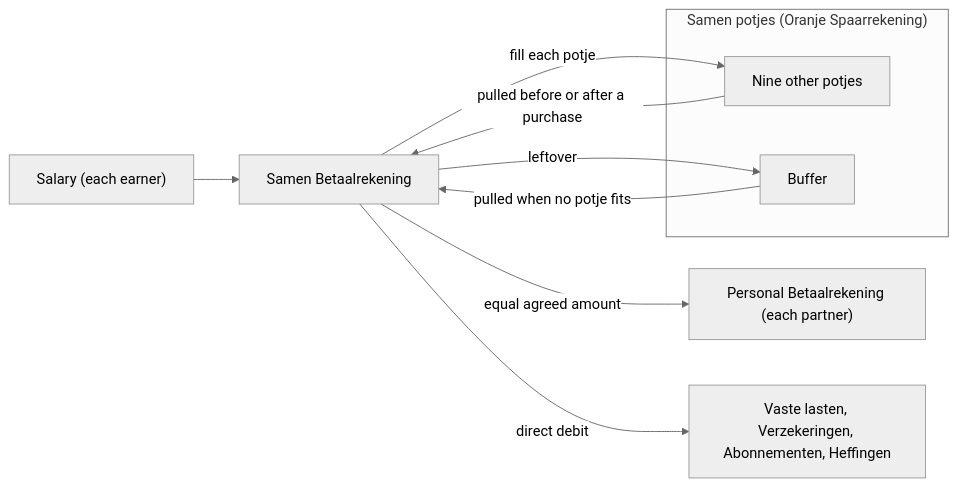
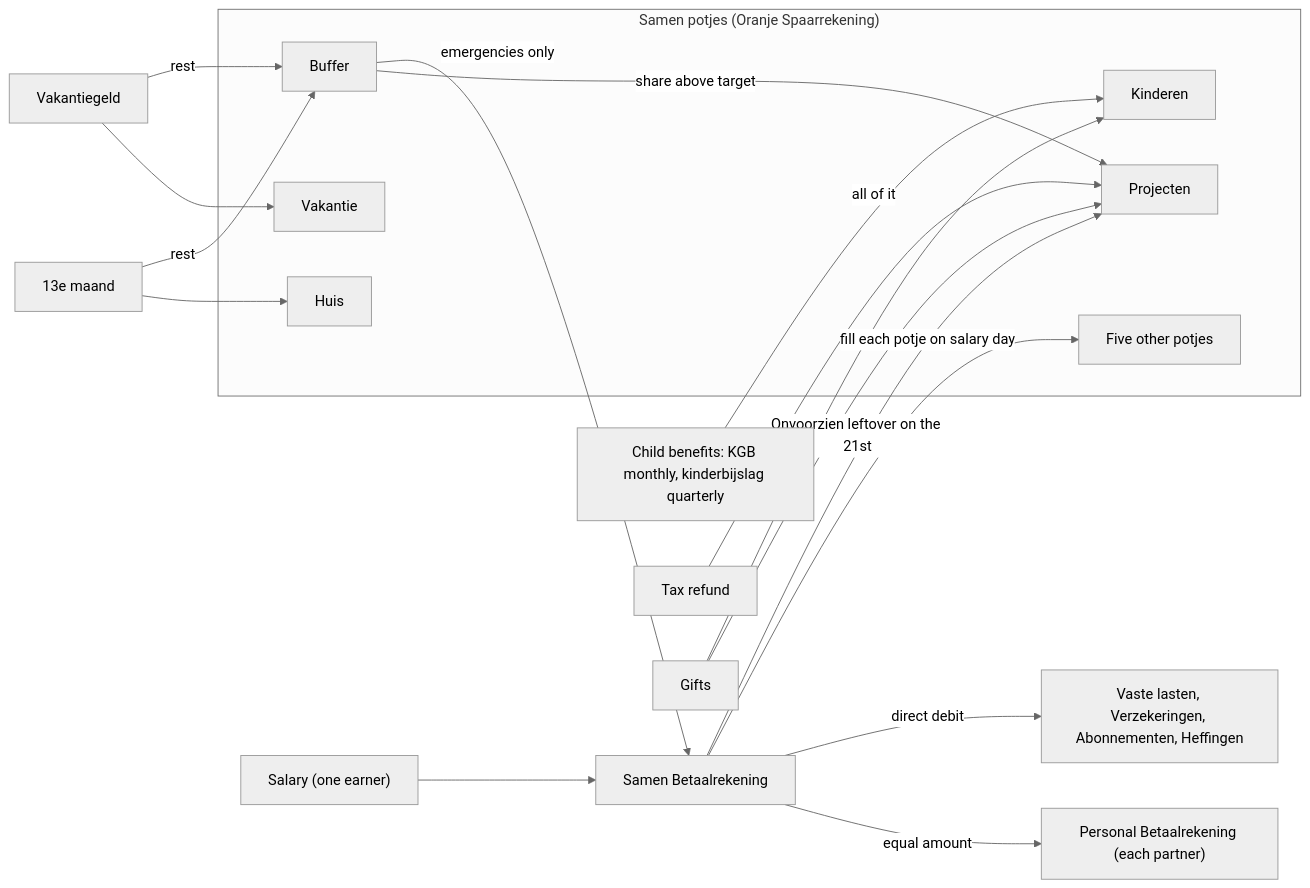
One commit to eirvandelden/journal_administration changed the diagram in docs/household-finances.md. Above: the diagram before and after it, drawn with Mermaid (neutral theme). The commit also changed other lines of this file, not shown here.

````diff
--- a/docs/household-finances.md
+++ b/docs/household-finances.md
@@ -5,14 +5,26 @@
 ```mermaid
 flowchart LR
-  Salary["Salary (each earner)"] --> Samen["Samen Betaalrekening"]
+  Salary["Salary (one earner)"] --> Samen["Samen Betaalrekening"]
+  Benefits["Child benefits: KGB monthly, kinderbijslag quarterly"] -->|all of it| Kinderen
   subgraph Potjes["Samen potjes (Oranje Spaarrekening)"]
-    Others["Nine other potjes"]
+    Kinderen["Kinderen"]
+    Others["Five other potjes"]
+    Huis["Huis"]
+    Vakantie["Vakantie"]
+    Projecten["Projecten"]
     Buffer["Buffer"]
   end
-  Samen -->|fill each potje| Others
-  Samen -->|leftover| Buffer
-  Samen -->|equal agreed amount| Personal["Personal Betaalrekening (each partner)"]
+  Samen -->|fill each potje on salary day| Others
+  Samen -->|equal amount| Personal["Personal Betaalrekening (each partner)"]
   Samen -->|direct debit| Fixed["Vaste lasten, Verzekeringen, Abonnementen, Heffingen"]
-  Others -->|pulled before or after a purchase| Samen
-  Buffer -->|pulled when no potje fits| Samen
+  Samen -->|Onvoorzien leftover on the 21st| Projecten
+  Thirteenth["13e maand"] --> Huis
+  Thirteenth -->|rest| Buffer
+  Holiday["Vakantiegeld"] --> Vakantie
+  Holiday -->|rest| Buffer
+  Refund["Tax refund"] --> Projecten
+  Gifts["Gifts"] --> Projecten
+  Gifts --> Kinderen
+  Buffer -->|share above target| Projecten
+  Buffer -->|emergencies only| Samen
 ```
````
